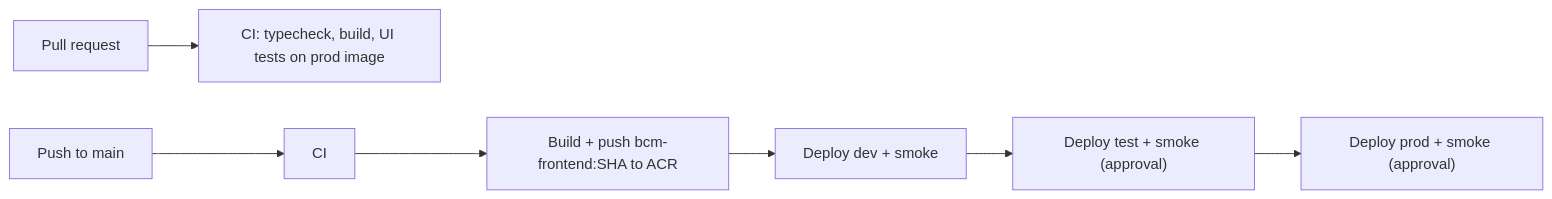
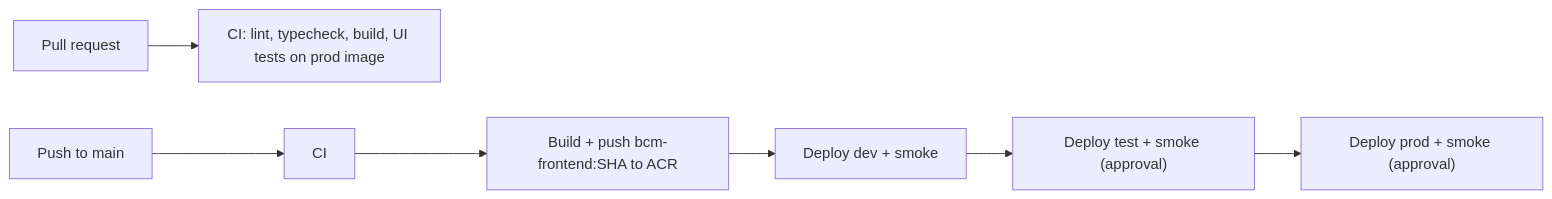
The second of 2 diagrams in README.md (Alan-Alkalifa/FE-BCMTOOLS), drawn with Mermaid before and after one commit. The commit also changed other lines of this file and 20 other files, not shown here.

````diff
--- a/README.md
+++ b/README.md
@@ -296,6 +307,6 @@
 ```mermaid
 flowchart LR
-    PR["Pull request"] --> CI["CI: typecheck, build, UI tests on prod image"]
+    PR["Pull request"] --> CI["CI: lint, typecheck, build, UI tests on prod image"]
     Main["Push to main"] --> CI2["CI"] --> Build["Build + push bcm-frontend:SHA to ACR"]
     Build --> Dev["Deploy dev + smoke"] --> Test["Deploy test + smoke (approval)"] --> Prod["Deploy prod + smoke (approval)"]
 ```
````
